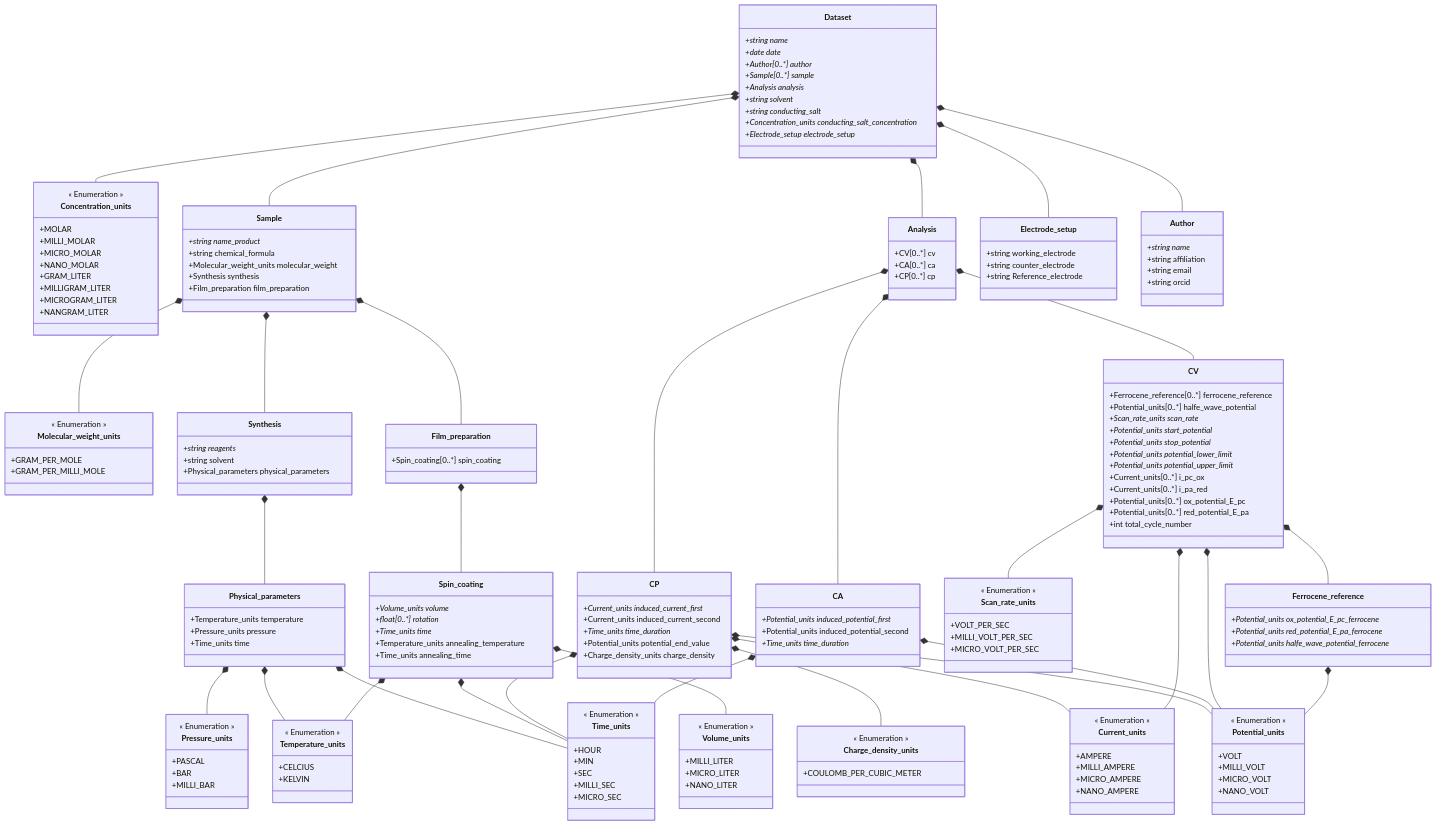
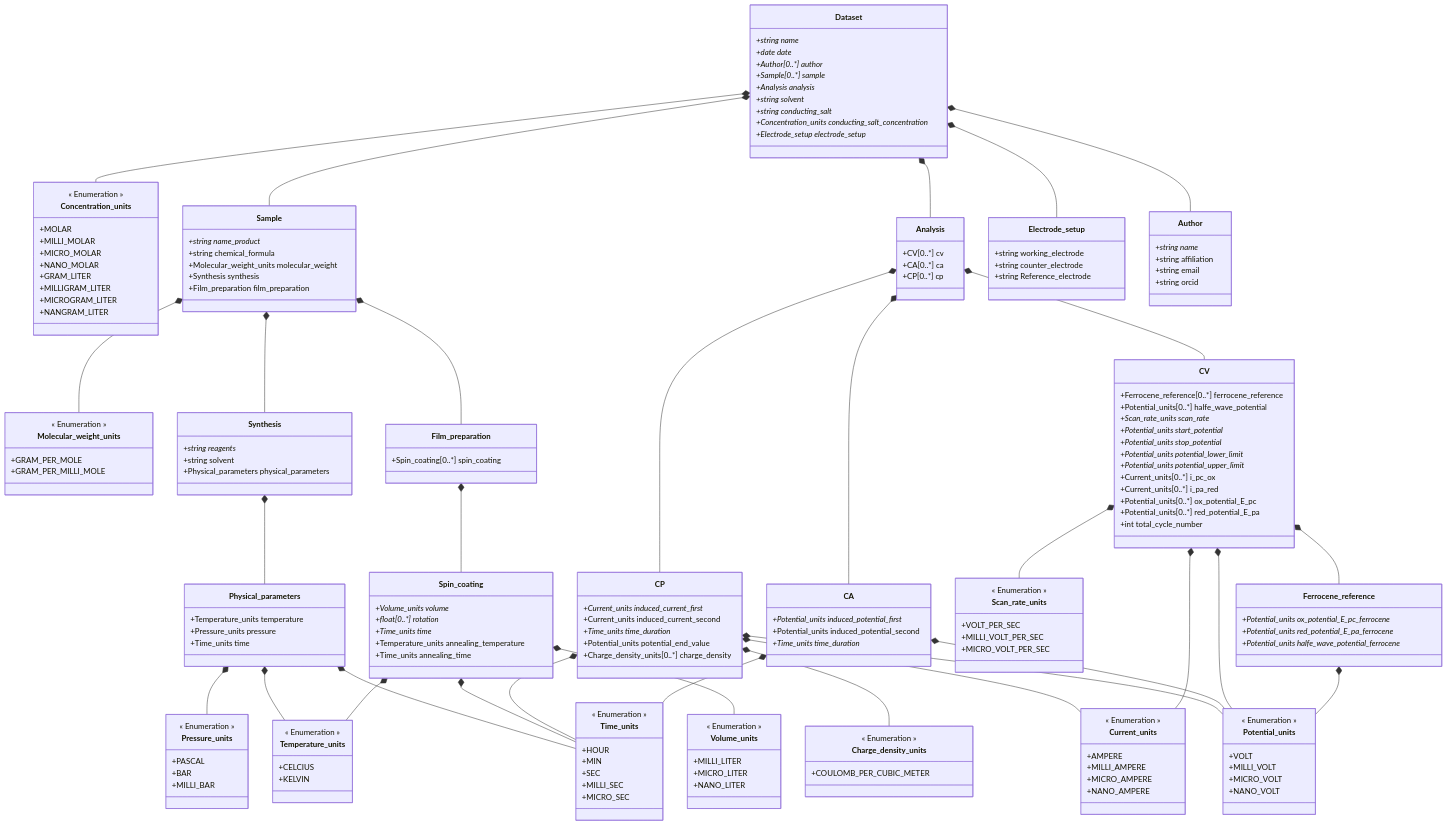
Before and after one commit to FAIRChemistry/datamodel-electrochemistry: the diagram in ElectrochemistryDataModel/schemes/electrochemistrydatamodel_schema.md, drawn with Mermaid. The commit also changed 15 other files, not shown here.

```diff
--- a/ElectrochemistryDataModel/schemes/electrochemistrydatamodel_schema.md
+++ b/ElectrochemistryDataModel/schemes/electrochemistrydatamodel_schema.md
@@ -86,7 +86,7 @@
         +Current_units induced_current_second
         +Time_units time_duration*
         +Potential_units potential_end_value
-        +Charge_density_units charge_density
+        +Charge_density_units[0..*] charge_density
     }
     
     class CA {
```
